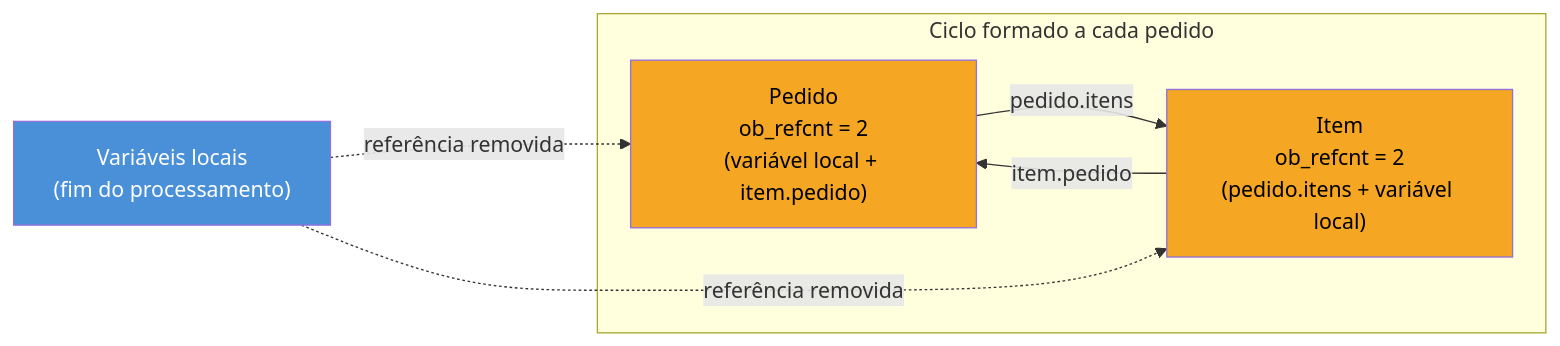
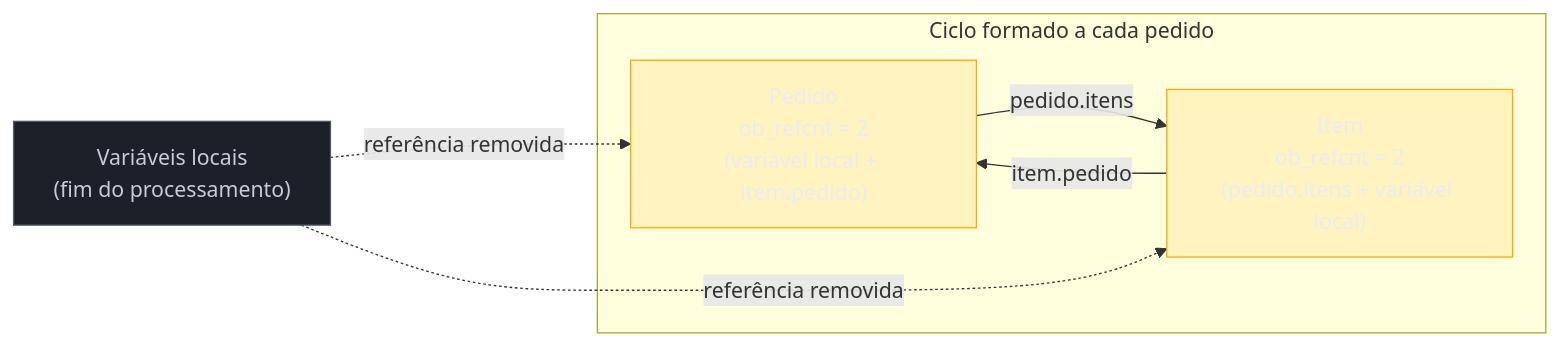
The second of 3 diagrams in 03-Dominios/Tecnologia/Python/CPython internals/09 - Capstone — CPython internals.md (josenaldo/codex-technomanticus), drawn with Mermaid before and after one commit. The commit also changed other lines of this file and 1181 other files, not shown here.

First line of the commit message:
fix(diagramas): paleta do sistema no lugar de cor cravada no markdown

````diff
--- a/03-Dominios/Tecnologia/Python/CPython internals/09 - Capstone — CPython internals.md
+++ b/03-Dominios/Tecnologia/Python/CPython internals/09 - Capstone — CPython internals.md
@@ -181,14 +183,16 @@
 ```mermaid
 graph LR
+    classDef destaque fill:#FFAA0024,stroke:#FFAA00,color:#E9ECF2
+    classDef neutro fill:#1B2029,stroke:#4E5666,color:#C6CCD8
     subgraph "Ciclo formado a cada pedido"
         P["Pedido\nob_refcnt = 2\n(variável local + item.pedido)"] -->|"pedido.itens"| I["Item\nob_refcnt = 2\n(pedido.itens + variável local)"]
         I -->|"item.pedido"| P
     end
 
     ext["Variáveis locais\n(fim do processamento)"] -.->|"referência removida"| P
     ext -.->|"referência removida"| I
 
-    style P fill:#F5A623,color:#000
-    style I fill:#F5A623,color:#000
-    style ext fill:#4A90D9,color:#fff
+    class P destaque
+    class I destaque
+    class ext neutro
 ```
````
